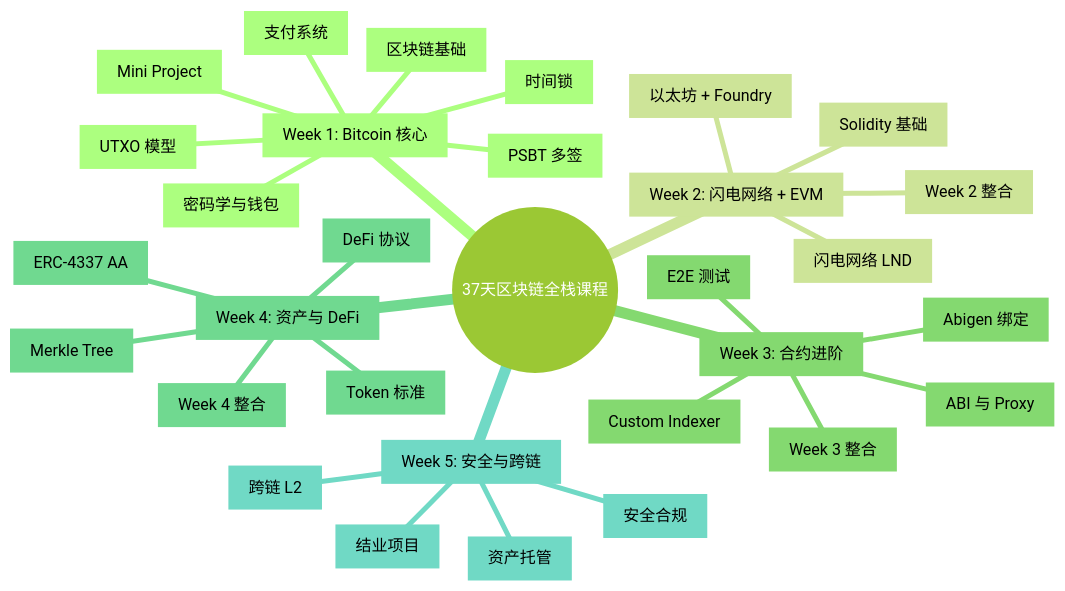
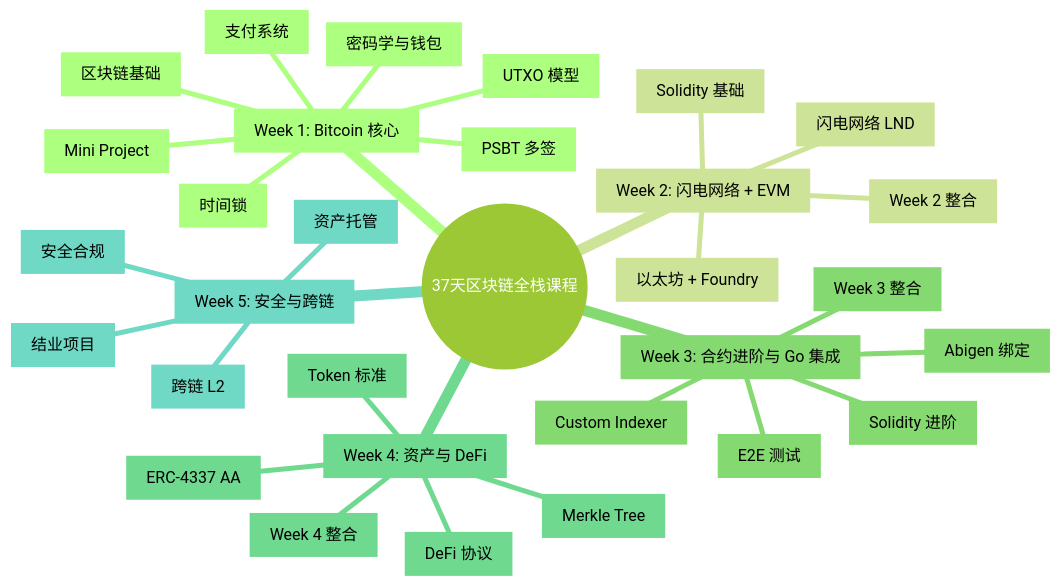
Before and after one commit to lockp111/backend-to-blockchain-learning-tutorial: the diagram in README.md, drawn with Mermaid (forest theme). The commit also changed other lines of this file and 38 other files, not shown here.

Commit message:
feat: Add numerous blockchain learning diagrams and a Python utility script, alongside minor configuration and documentation updates.

````diff
--- a/README.md
+++ b/README.md
@@ -29,34 +29,34 @@
 ```mermaid
 mindmap
   root((37天区块链全栈课程))
     Week1[Week 1: Bitcoin 核心]
       Day1[区块链基础]
       Day2[密码学与钱包]
       Day3[UTXO 模型]
       Day4[PSBT 多签]
       Day5[时间锁]
       Day6[支付系统]
       Day7[Mini Project]
     Week2[Week 2: 闪电网络 + EVM]
       Day8_10[闪电网络 LND]
       Day11_12[以太坊 + Foundry]
       Day13[Solidity 基础]
       Day14[Week 2 整合]
-    Week3[Week 3: 合约进阶]
-      Day15[ABI 与 Proxy]
+    Week3[Week 3: 合约进阶与 Go 集成]
+      Day15[Solidity 进阶]
       Day16[Abigen 绑定]
       Day17[E2E 测试]
       Day18_19[Custom Indexer]
       Day20_21[Week 3 整合]
     Week4[Week 4: 资产与 DeFi]
       Day22_23[Merkle Tree]
       Day24_25[Token 标准]
       Day26_27[ERC-4337 AA]
       Day28_29[DeFi 协议]
       Day30[Week 4 整合]
     Week5[Week 5: 安全与跨链]
       Day31_32[资产托管]
       Day33_34[跨链 L2]
       Day35[安全合规]
       Day36_37[结业项目]
 ```
````
